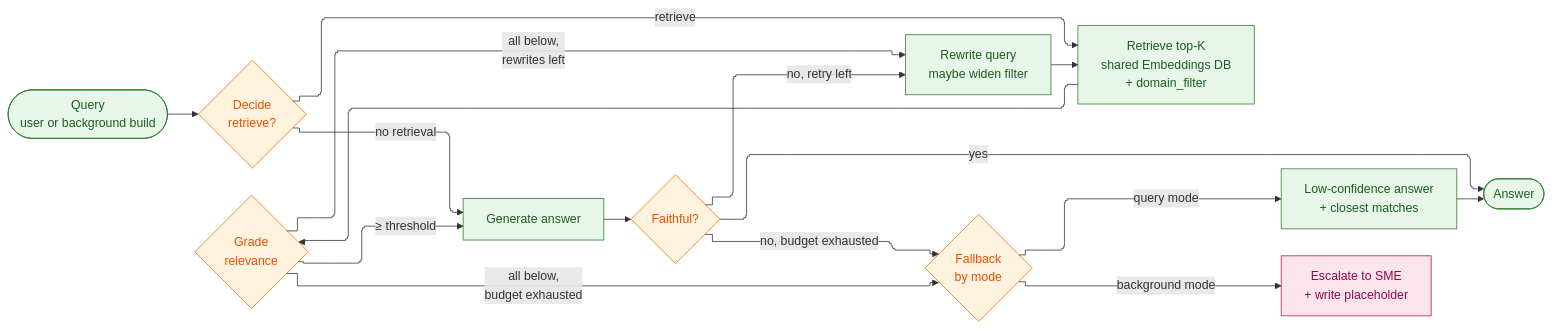
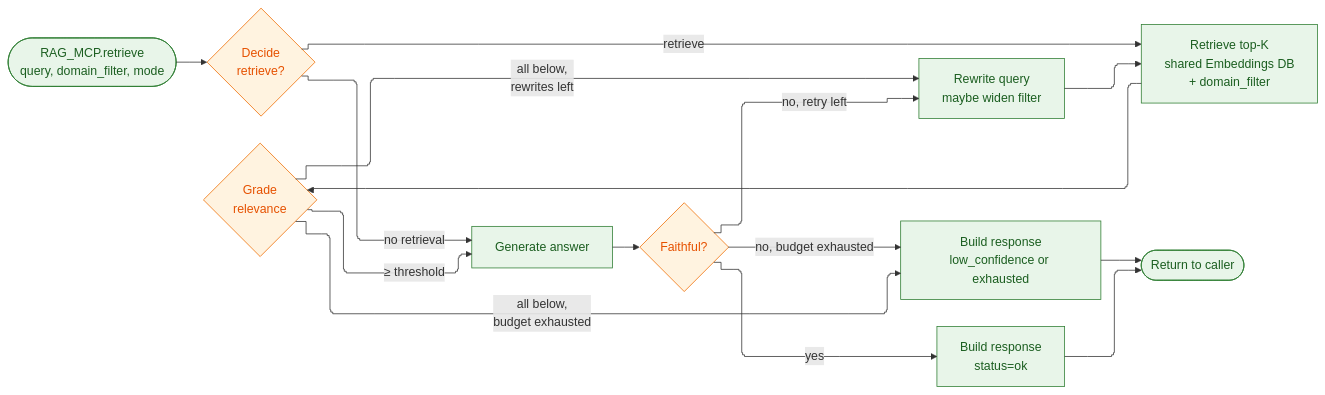
Before and after one commit to kikecorona/agentic-ai-capstone-project: the second of 5 diagrams in PROJECT_ARCHITECTURE.md, drawn with Mermaid. The commit also changed other lines of this file and 1 other file, not shown here.

````diff
--- a/PROJECT_ARCHITECTURE.md
+++ b/PROJECT_ARCHITECTURE.md
@@ -412,25 +460,22 @@
 ```mermaid
 %%{init: {'flowchart': {'defaultRenderer': 'elk', 'curve': 'step'}}}%%
 flowchart LR
-    Q([Query<br/>user or background build]) --> D{Decide<br/>retrieve?}
+    Q([RAG_MCP.retrieve<br/>query, domain_filter, mode]) --> D{Decide<br/>retrieve?}
     D -->|no retrieval| Gen[Generate answer]
     D -->|retrieve| R[Retrieve top-K<br/>shared Embeddings DB<br/>+ domain_filter]
     R --> G{Grade<br/>relevance}
     G -->|≥ threshold| Gen
     G -->|all below,<br/>rewrites left| RW[Rewrite query<br/>maybe widen filter]
-    G -->|all below,<br/>budget exhausted| FB{Fallback<br/>by mode}
+    G -->|all below,<br/>budget exhausted| FB[Build response<br/>low_confidence or exhausted]
     RW --> R
     Gen --> CF{Faithful?}
-    CF -->|yes| A([Answer])
+    CF -->|yes| OK[Build response<br/>status=ok]
     CF -->|no, retry left| RW
     CF -->|no, budget exhausted| FB
-    FB -->|query mode| LC[Low-confidence answer<br/>+ closest matches]
-    FB -->|background mode| SME[Escalate to SME<br/>+ write placeholder]
-    LC --> A
+    OK --> Out([Return to caller])
+    FB --> Out
     classDef node fill: #E8F5E9, stroke: #2E7D32, color: #1B5E20
     classDef decision fill: #FFF3E0, stroke: #EF6C00, color: #E65100
-    classDef fallback fill: #FCE4EC, stroke: #AD1457, color: #880E4F
-    class R,RW,Gen,LC node
-    class D,G,CF,FB decision
-    class SME fallback
+    class R,RW,Gen,OK,FB node
+    class D,G,CF decision
 ```
````
